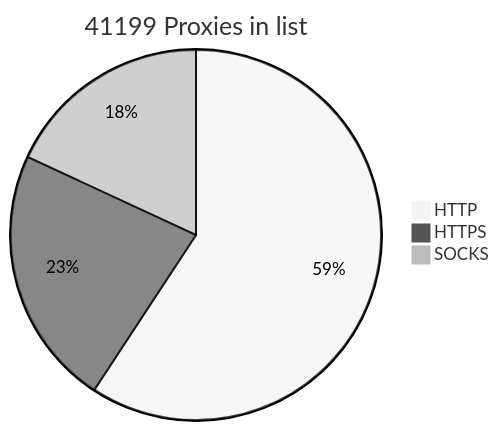
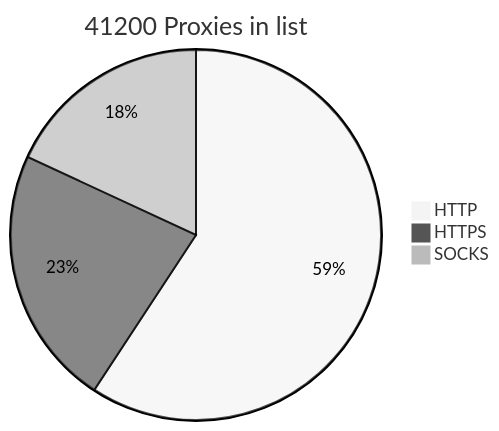
The diagram in README.md (BlackSnowDot/proxylist-update-every-minute), drawn with Mermaid (neutral theme) before and after one commit.

````diff
--- a/README.md
+++ b/README.md
@@ -2,6 +2,6 @@
 ```mermaid
-pie title 41199 Proxies in list
-    "HTTP" : 28681
-    "HTTPS": 10970
+pie title 41200 Proxies in list
+    "HTTP" : 28680
+    "HTTPS": 10971
     "SOCKS" : 8757
 ```
````
